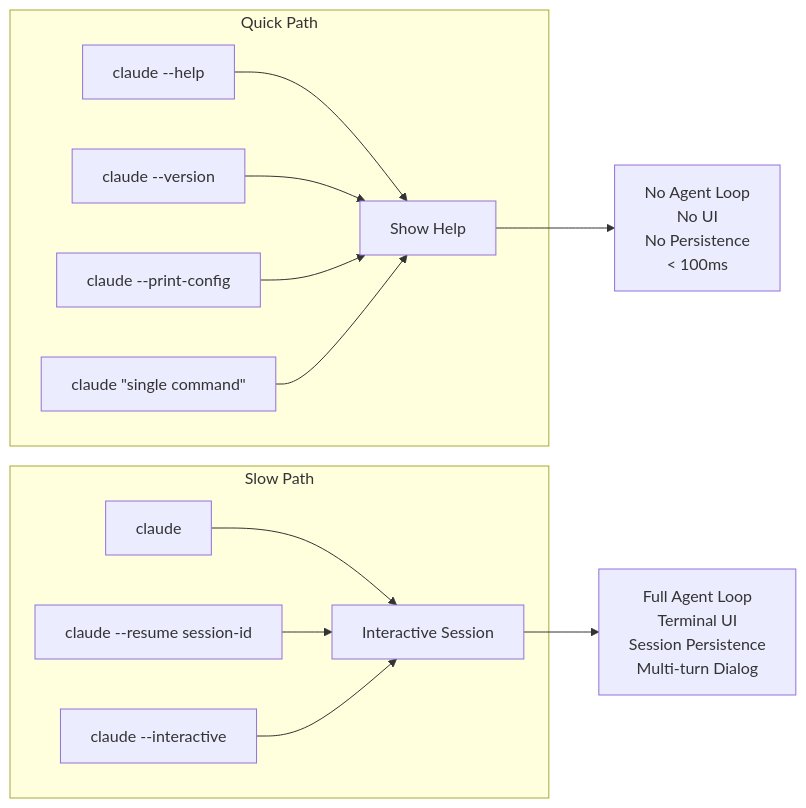
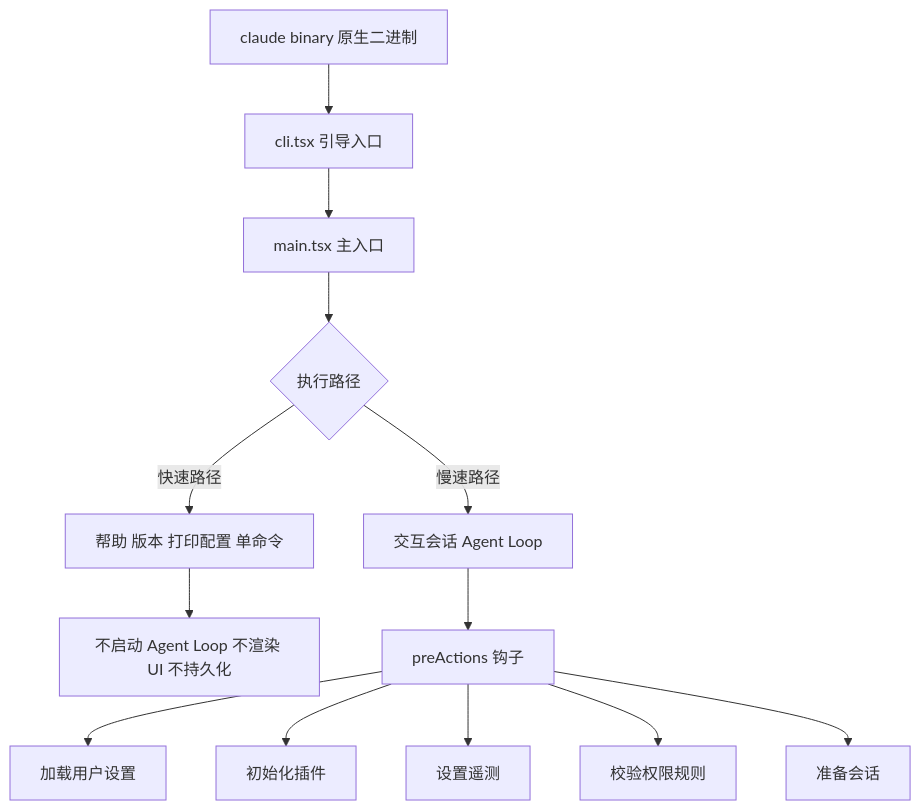
Before and after one commit to Shyu-x/frontend-interview: the third of 9 diagrams in docs/agent/case-studies/claude-code-deep-analysis.md, drawn with Mermaid. The commit also changed other lines of this file and 58 other files, not shown here.

````diff
--- a/docs/agent/case-studies/claude-code-deep-analysis.md
+++ b/docs/agent/case-studies/claude-code-deep-analysis.md
@@ -438,18 +204,15 @@
 ```mermaid
-flowchart LR
-    subgraph quick["Quick Path"]
-        Q1["claude --help"] --> QX["Show Help"]
-        Q2["claude --version"] --> QX
-        Q3["claude --print-config"] --> QX
-        Q4["claude #quot;single command#quot;"] --> QX
-    end
-
-    subgraph slow["Slow Path"]
-        S1["claude"] --> S2["Interactive Session"]
-        S3["claude --resume session-id"] --> S2
-        S4["claude --interactive"] --> S2
-    end
-
-    QX --> QF["No Agent Loop<br/>No UI<br/>No Persistence<br/>#lt; 100ms"]
-    S2 --> SF["Full Agent Loop<br/>Terminal UI<br/>Session Persistence<br/>Multi-turn Dialog"]
+flowchart TD
+    A["claude binary 原生二进制"] --> B["cli.tsx 引导入口"]
+    B --> C["main.tsx 主入口"]
+    C --> D{"执行路径"}
+    D -->|"快速路径"| E["帮助 版本 打印配置 单命令"]
+    D -->|"慢速路径"| F["交互会话 Agent Loop"]
+    E --> G["不启动 Agent Loop 不渲染 UI 不持久化"]
+    F --> H["preActions 钩子"]
+    H --> I["加载用户设置"]
+    H --> J["初始化插件"]
+    H --> K["设置遥测"]
+    H --> L["校验权限规则"]
+    H --> M["准备会话"]
 ```
````
